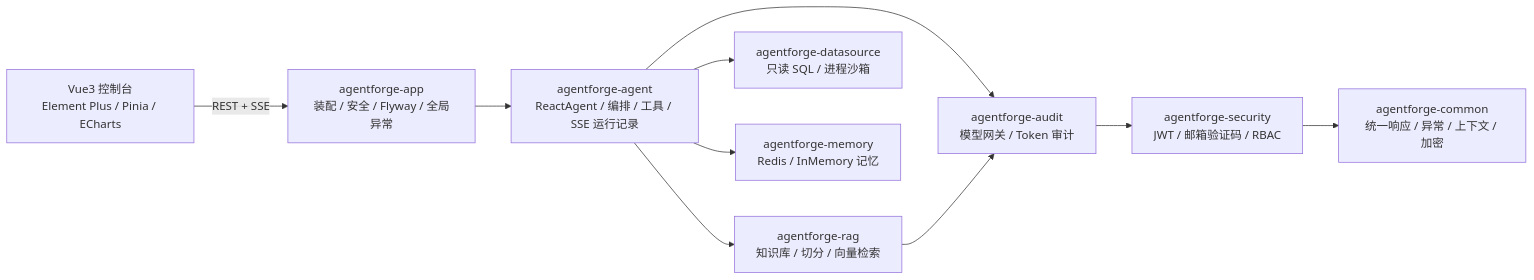
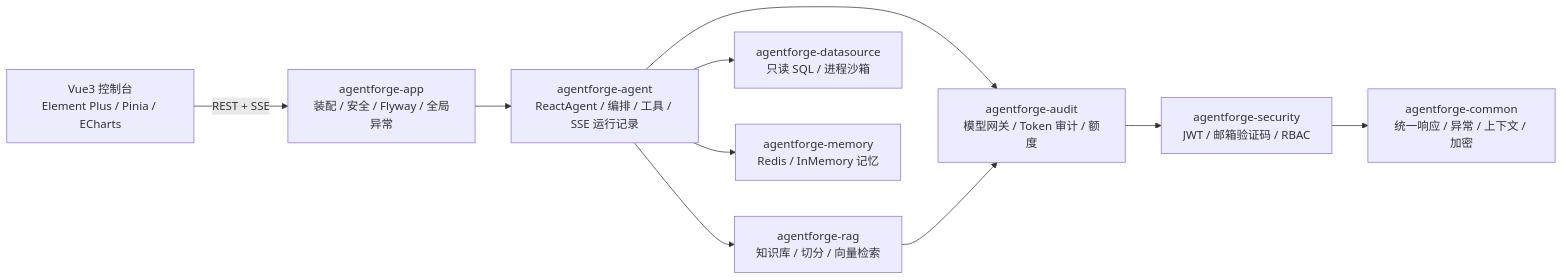
The diagram in README.md (O-pei/team-agent-forge), drawn with Mermaid before and after one commit. The commit also changed other lines of this file and 4 other files, not shown here.

````diff
--- a/README.md
+++ b/README.md
@@ -25,12 +25,12 @@
 ```mermaid
 flowchart LR
     UI[Vue3 控制台<br/>Element Plus / Pinia / ECharts] -->|REST + SSE| APP[agentforge-app<br/>装配 / 安全 / Flyway / 全局异常]
     APP --> AGENT[agentforge-agent<br/>ReactAgent / 编排 / 工具 / SSE 运行记录]
     AGENT --> RAG[agentforge-rag<br/>知识库 / 切分 / 向量检索]
     AGENT --> DS[agentforge-datasource<br/>只读 SQL / 进程沙箱]
     AGENT --> MEM[agentforge-memory<br/>Redis / InMemory 记忆]
-    AGENT --> AUDIT[agentforge-audit<br/>模型网关 / Token 审计]
+    AGENT --> AUDIT[agentforge-audit<br/>模型网关 / Token 审计 / 额度]
     RAG --> AUDIT
     AUDIT --> SEC[agentforge-security<br/>JWT / 邮箱验证码 / RBAC]
     SEC --> COMMON[agentforge-common<br/>统一响应 / 异常 / 上下文 / 加密]
 ```
````
